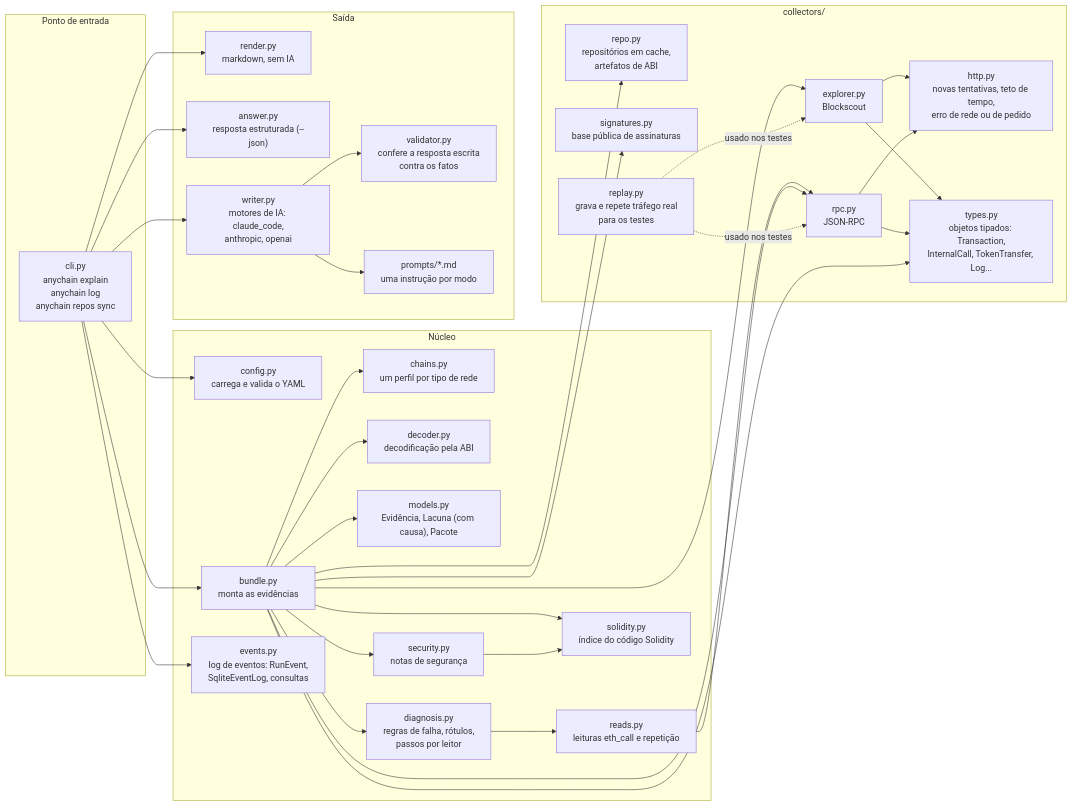
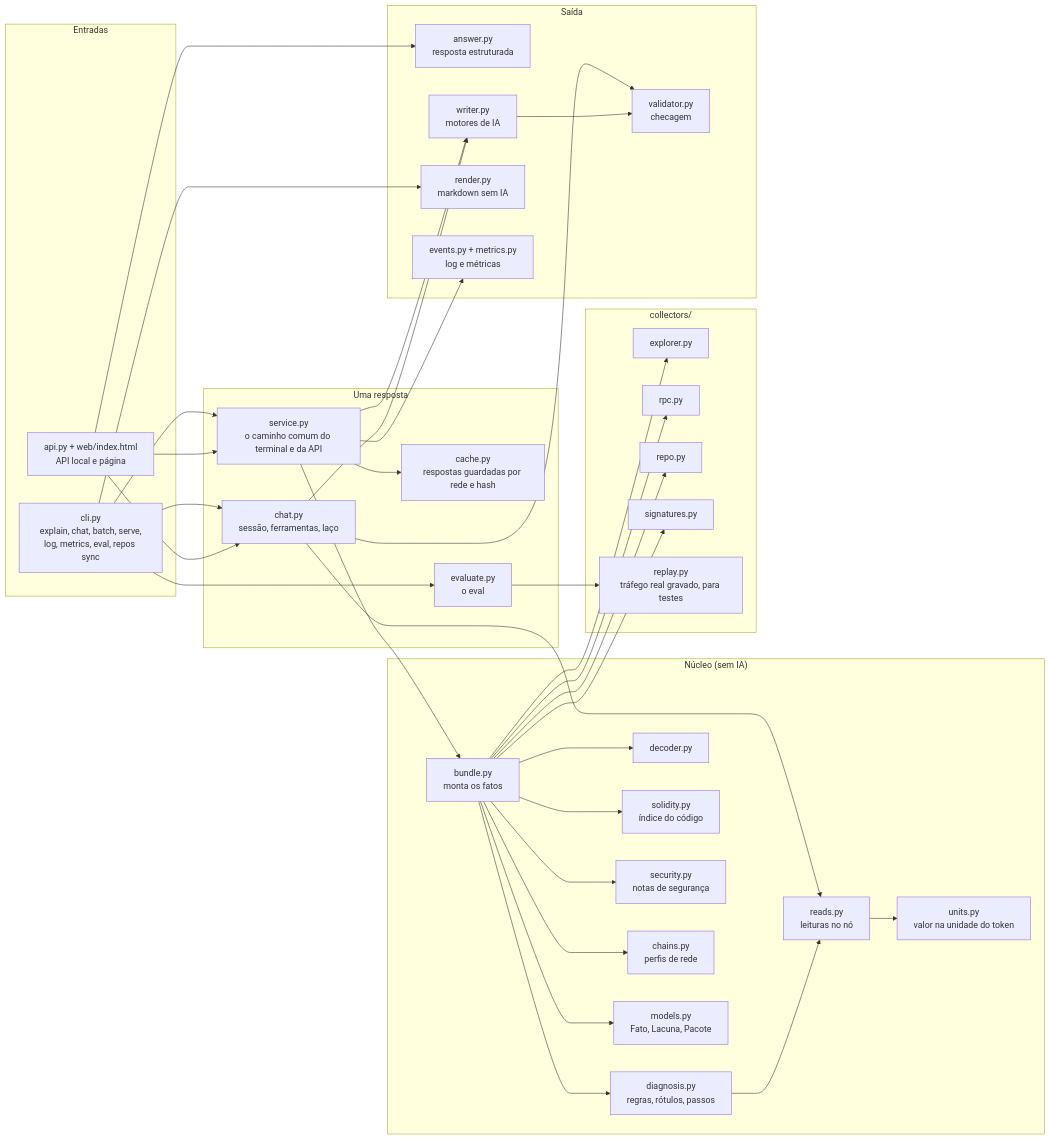
One commit to Ebaoj/anychain changed the seventh of 9 diagrams in docs/ARCHITECTURE.pt-BR.md. Above: the diagram before and after it, drawn with Mermaid. The commit also changed other lines of this file, not shown here.

Commit message:
Architecture (pt-BR): Phase 3 up to T5, a one-minute overview, how the diagnosis decides, the chat, quality

````diff
--- a/docs/ARCHITECTURE.pt-BR.md
+++ b/docs/ARCHITECTURE.pt-BR.md
@@ -128,66 +227,71 @@
 ```mermaid
 flowchart LR
-    subgraph entry["Ponto de entrada"]
-        cli["cli.py<br/>anychain explain<br/>anychain log<br/>anychain repos sync"]
+    subgraph entry["Entradas"]
+        cli["cli.py<br/>explain, chat, batch, serve,<br/>log, metrics, eval, repos sync"]
+        api["api.py + web/index.html<br/>API local e página"]
     end
 
-    subgraph core["Núcleo"]
-        config["config.py<br/>carrega e valida o YAML"]
-        chains["chains.py<br/>um perfil por tipo de rede"]
-        bundle["bundle.py<br/>monta as evidências"]
-        decoder["decoder.py<br/>decodificação pela ABI"]
-        models["models.py<br/>Evidência, Lacuna (com causa), Pacote"]
-        events["events.py<br/>log de eventos: RunEvent,<br/>SqliteEventLog, consultas"]
-        diagnosis["diagnosis.py<br/>regras de falha, rótulos,<br/>passos por leitor"]
-        reads["reads.py<br/>leituras eth_call e repetição"]
-        solidity["solidity.py<br/>índice do código Solidity"]
+    subgraph service_g["Uma resposta"]
+        service["service.py<br/>o caminho comum do terminal e da API"]
+        cache["cache.py<br/>respostas guardadas por rede e hash"]
+        chat["chat.py<br/>sessão, ferramentas, laço"]
+        evaluate["evaluate.py<br/>o eval"]
+    end
+
+    subgraph core["Núcleo (sem IA)"]
+        bundle["bundle.py<br/>monta os fatos"]
+        diagnosis["diagnosis.py<br/>regras, rótulos, passos"]
+        reads["reads.py<br/>leituras no nó"]
+        units["units.py<br/>valor na unidade do token"]
+        decoder["decoder.py"]
+        solidity["solidity.py<br/>índice do código"]
         security["security.py<br/>notas de segurança"]
+        chains["chains.py<br/>perfis de rede"]
+        models["models.py<br/>Fato, Lacuna, Pacote"]
     end
 
     subgraph collectors["collectors/"]
-        http["http.py<br/>novas tentativas, teto de tempo,<br/>erro de rede ou de pedido"]
-        types["types.py<br/>objetos tipados: Transaction,<br/>InternalCall, TokenTransfer, Log..."]
-        explorer["explorer.py<br/>Blockscout"]
-        rpc["rpc.py<br/>JSON-RPC"]
-        repo["repo.py<br/>repositórios em cache,<br/>artefatos de ABI"]
-        signatures["signatures.py<br/>base pública de assinaturas"]
-        replay["replay.py<br/>grava e repete tráfego real<br/>para os testes"]
+        explorer["explorer.py"]
+        rpc["rpc.py"]
+        repo["repo.py"]
+        signatures["signatures.py"]
+        replay["replay.py<br/>tráfego real gravado, para testes"]
     end
 
     subgraph output["Saída"]
-        render["render.py<br/>markdown, sem IA"]
-        answer["answer.py<br/>resposta estruturada (--json)"]
-        writer["writer.py<br/>motores de IA: claude_code,<br/>anthropic, openai"]
-        validator["validator.py<br/>confere a resposta escrita<br/>contra os fatos"]
-        prompts["prompts/*.md<br/>uma instrução por modo"]
+        answer["answer.py<br/>resposta estruturada"]
+        writer["writer.py<br/>motores de IA"]
+        validator["validator.py<br/>checagem"]
+        render["render.py<br/>markdown sem IA"]
+        events["events.py + metrics.py<br/>log e métricas"]
     end
 
-    cli --> config
-    cli --> bundle
-    cli --> render
-    cli --> writer
-    cli --> events
-    cli --> answer
+    cli --> service
+    api --> service
+    cli --> chat
+    api --> chat
+    cli --> evaluate
+    service --> cache
+    service --> bundle
+    service --> writer
+    service --> events
+    chat --> reads
+    chat --> writer
+    chat --> validator
     bundle --> diagnosis
+    bundle --> explorer
+    bundle --> rpc
+    bundle --> decoder
     bundle --> solidity
     bundle --> security
     bundle --> repo
     bundle --> signatures
+    bundle --> chains
+    bundle --> models
     diagnosis --> reads
-    reads --> rpc
-    security --> solidity
-    bundle --> explorer
-    bundle --> rpc
-    bundle --> decoder
-    bundle --> models
-    bundle --> chains
-    explorer --> http
-    rpc --> http
-    explorer --> types
-    rpc --> types
-    bundle --> types
-    writer --> prompts
+    reads --> units
     writer --> validator
-    replay -.usado nos testes.-> explorer
-    replay -.usado nos testes.-> rpc
+    api --> answer
+    cli --> render
+    evaluate --> replay
 ```
````
